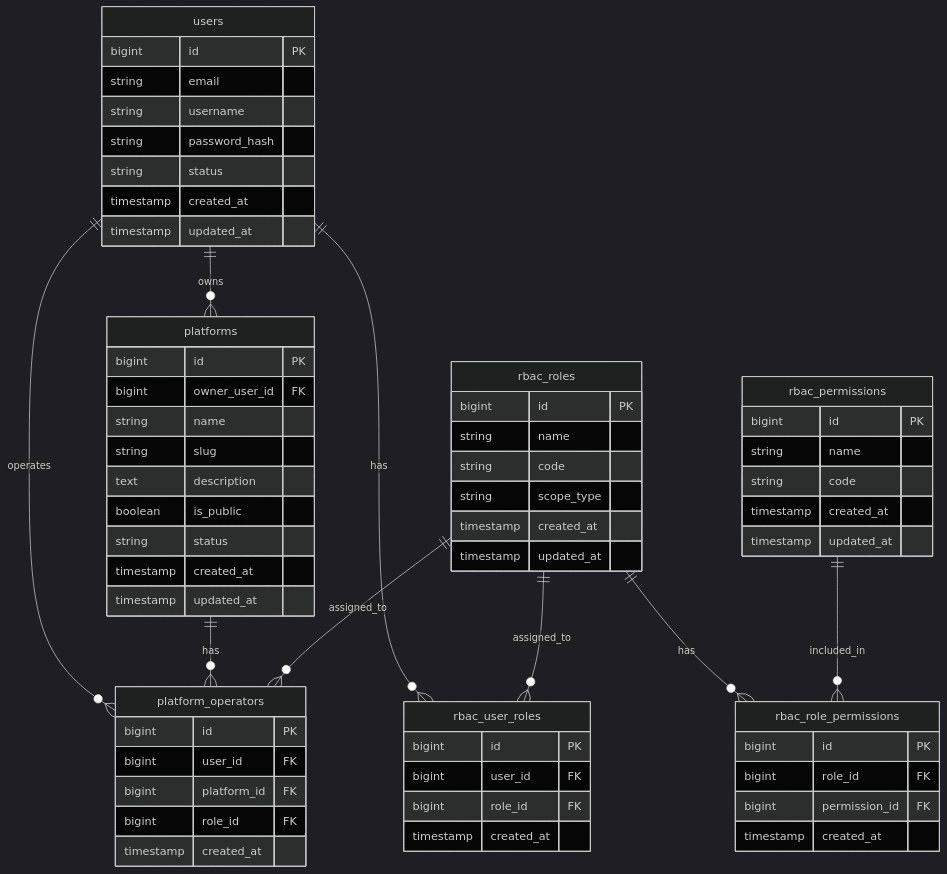
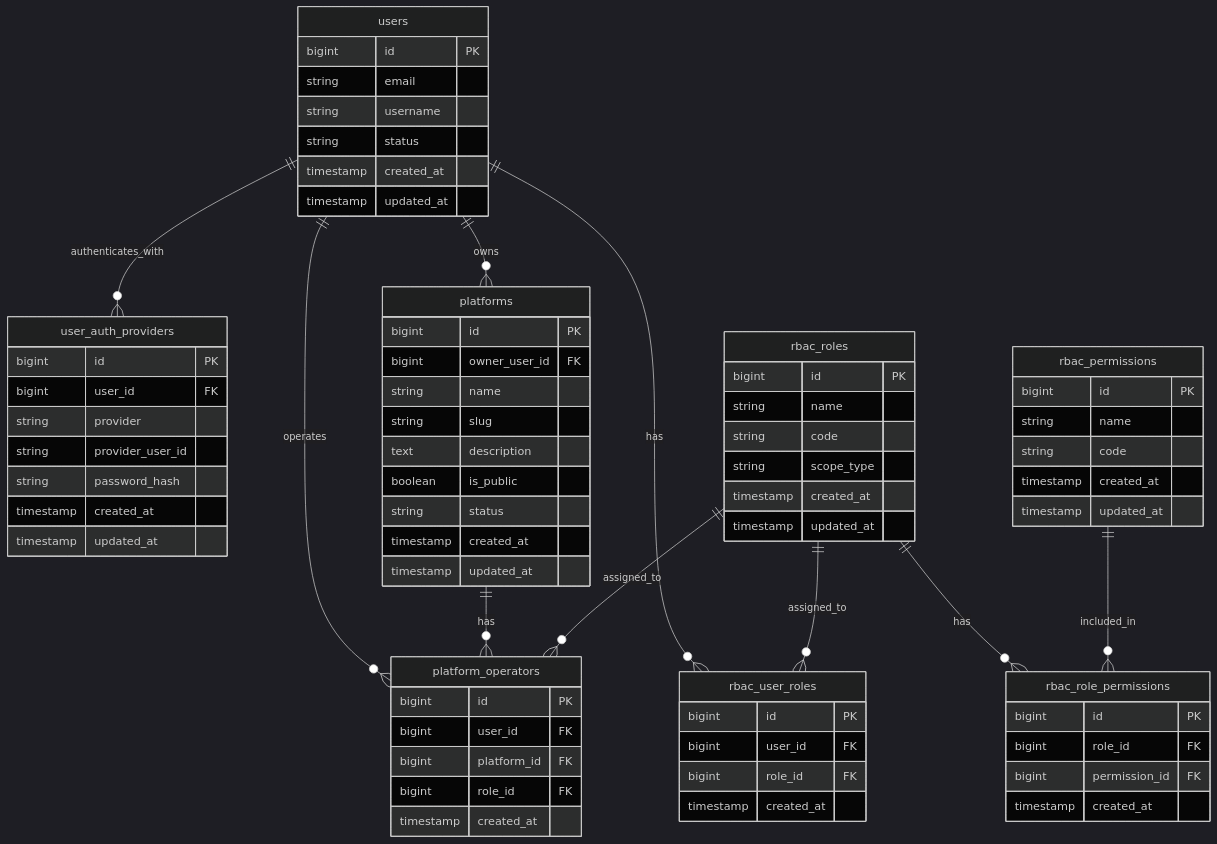
The diagram in docs/database/table.md (wardhana-org/ekstra), drawn with Mermaid (dark theme) before and after one commit.

Commit message:
add: added user_auth_providers table to account for future new login methods

```diff
--- a/docs/database/table.md
+++ b/docs/database/table.md
@@ -6,8 +6,17 @@
         bigint id PK
         string email
         string username
+        string status
+        timestamp created_at
+        timestamp updated_at
+    }
+
+    user_auth_providers {
+        bigint id PK
+        bigint user_id FK
+        string provider
+        string provider_user_id
         string password_hash
-        string status
         timestamp created_at
         timestamp updated_at
     }
@@ -63,6 +72,7 @@
         timestamp created_at
     }
 
+    users ||--o{ user_auth_providers : authenticates_with
     users ||--o{ platforms : owns
     users ||--o{ rbac_user_roles : has
     users ||--o{ platform_operators : operates
```
